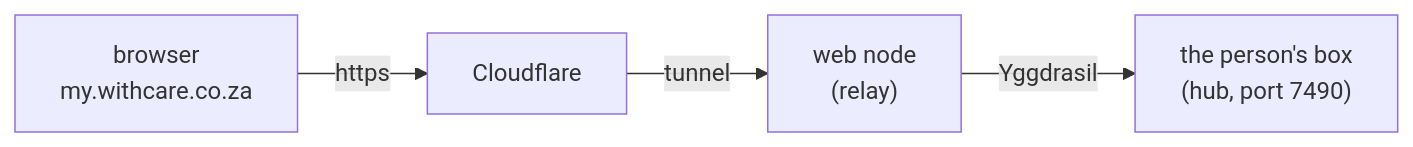
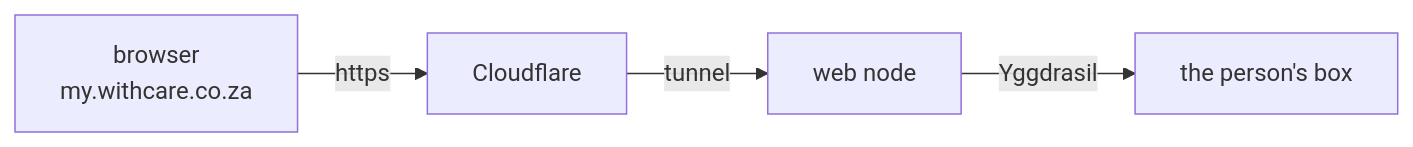
The diagram in docs/web-access.md (peterretief/yggstore), drawn with Mermaid before and after one commit. The commit also changed other lines of this file and 2 other files, not shown here.

First line of the commit message:
Docs: remote-dashboard, recovery and web-access rewritten to the style guide

````diff
--- a/docs/web-access.md
+++ b/docs/web-access.md
@@ -45,4 +28,4 @@
 ```mermaid
 flowchart LR
-  B["browser<br/>my.withcare.co.za"] -- https --> CF["Cloudflare"] -- tunnel --> W["web node<br/>(relay)"] -- "Yggdrasil" --> H["the person's box<br/>(hub, port 7490)"]
+  B["browser<br/>my.withcare.co.za"] -- https --> CF["Cloudflare"] -- tunnel --> W["web node"] -- "Yggdrasil" --> H["the person's box"]
 ```
````
